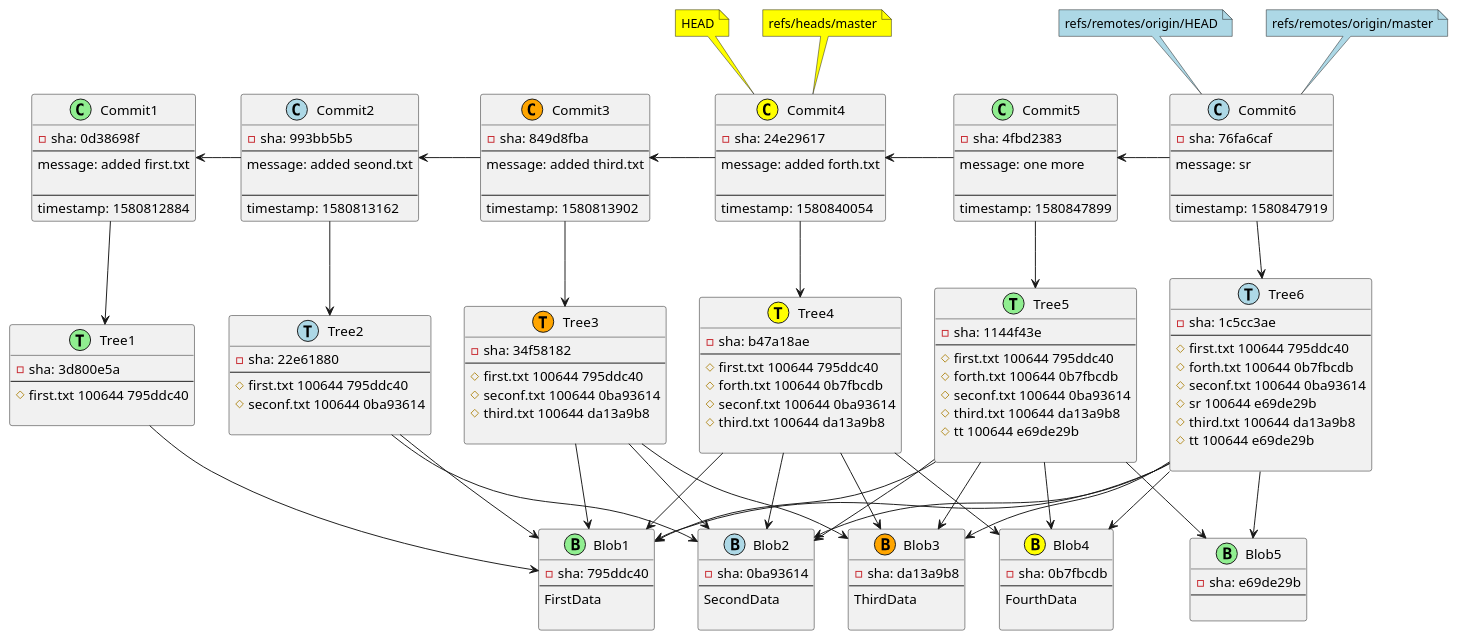
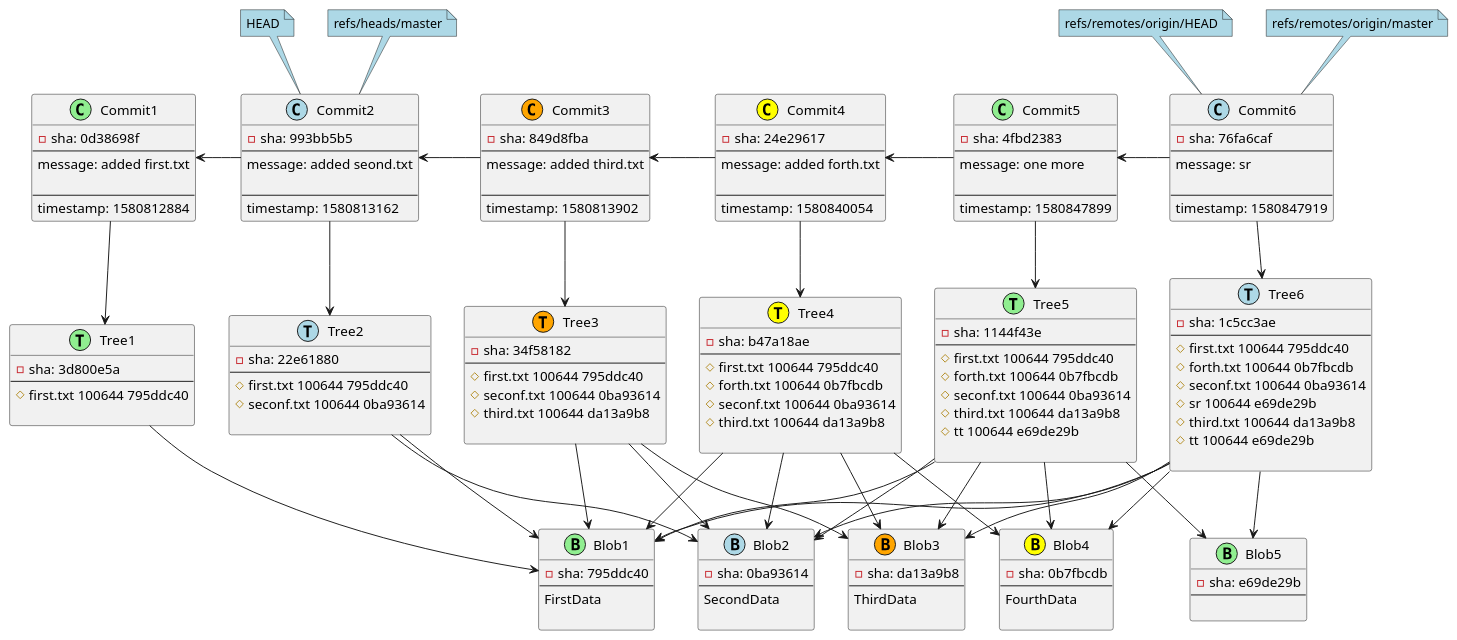
One commit to tsypuk/git2plantuml changed the diagram in src/main/resources/diagram.adoc. Above: the diagram before and after it, drawn with PlantUML. The commit also changed other lines of this file and 2 other files, not shown here.

```diff
--- a/src/main/resources/diagram.adoc
+++ b/src/main/resources/diagram.adoc
@@ -114,4 +1,4 @@
-[plantuml, Git repository time snapshot00cda561-4c9d-4576-bed8-bd132a940e90, png, title="Git repository snapshot: 6 commits, 6 trees, 5 blobs, 4 refs: HEAD, refs/heads/master, refs/remotes/origin/HEAD, refs/remotes/origin/master, ", width=1000, height=1000]
+[plantuml, Git repository time snapshot322fe3a8-3e11-499e-ae31-61ddc93cf22f, png, title="Git repository snapshot: 6 commits, 6 trees, 5 blobs, 4 refs: HEAD, refs/heads/master, refs/remotes/origin/HEAD, refs/remotes/origin/master, ", width=1000, height=1000]
 ....
 class Commit6 <<(C,lightblue)>> {
 -sha: 76fa6caf
@@ -267,13 +154,13 @@
 Tree2 --> Blob1
 Tree2 --> Blob2
 Tree1 --> Blob1
+Commit6 -l-> Commit5
 Commit3 -l-> Commit2
-Commit6 -l-> Commit5
 Commit2 -l-> Commit1
+Commit5 -l-> Commit4
 Commit4 -l-> Commit3
-Commit5 -l-> Commit4
-note top of Commit4 #yellow : HEAD
-note top of Commit4 #yellow : refs/heads/master
+note top of Commit2 #lightblue : HEAD
+note top of Commit2 #lightblue : refs/heads/master
 note top of Commit6 #lightblue : refs/remotes/origin/HEAD
 note top of Commit6 #lightblue : refs/remotes/origin/master
 ....
```
